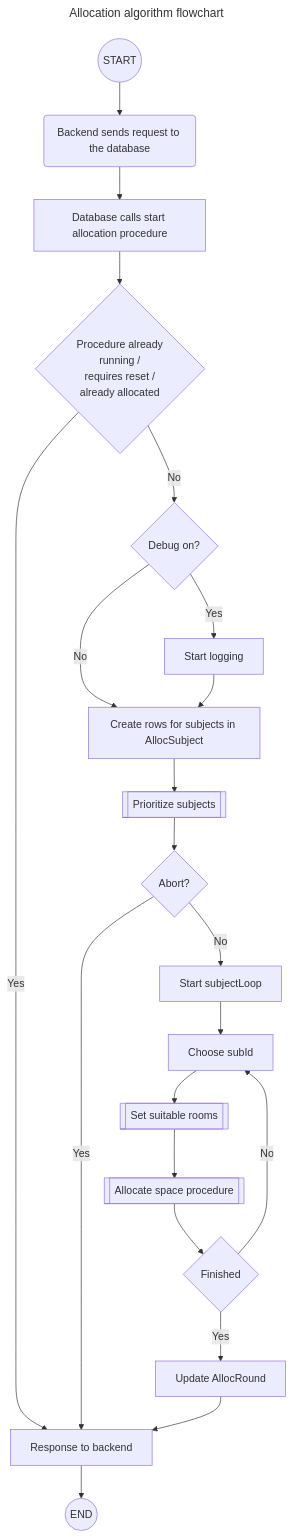
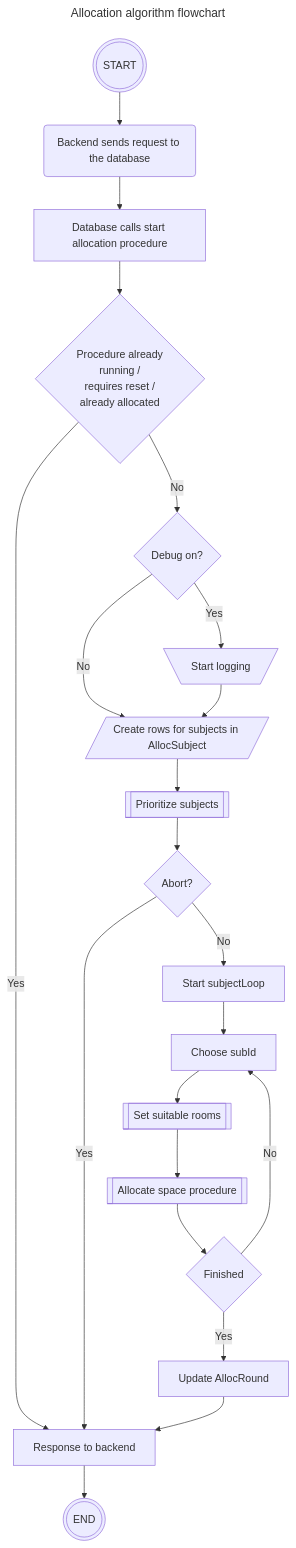
One commit to makotosoul/idea-case-backend changed the first of 3 diagrams in Database/Documentation/Allocation_Flowchart.md. Above: the diagram before and after it, drawn with Mermaid. The commit also changed other lines of this file, not shown here.

````diff
--- a/Database/Documentation/Allocation_Flowchart.md
+++ b/Database/Documentation/Allocation_Flowchart.md
@@ -1,30 +1,30 @@
 ```mermaid
 ---
 title: Allocation algorithm flowchart
 ---
     flowchart TD
-        id1((START)) --> A
+        id1(((START))) --> A
         A(Backend sends request to the database) -->B[Database calls start allocation procedure]
         B --> C{Procedure already
         running /
         requires reset /
         already allocated}
         C -->|No| D{Debug on?}
         C -->|Yes| E[Response to backend]
-        D -->|Yes| F[Start logging]
+        D -->|Yes| F[\Start logging/]
         D -->|No| G
-        F --> G[Create rows for subjects in AllocSubject]
+        F --> G[/Create rows for subjects in AllocSubject/]
         G --> H[[Prioritize subjects]]
         H --> I{Abort?}
         I -->|Yes| E
         I -->|No| J[Start subjectLoop]
         J --> K[Choose subId]
         K --> L[[Set suitable rooms]]
         L --> M[[Allocate space procedure]]
         M --> N{Finished}
         N -->|No| K
         N -->|Yes| O[Update AllocRound]
         O --> E
-        E --> P((END))
+        E --> P(((END)))
 
 ```
````
